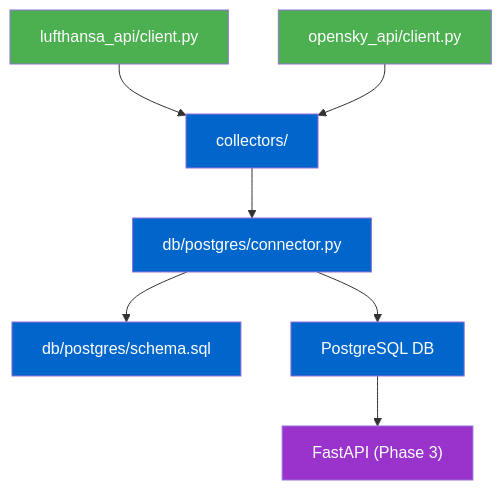
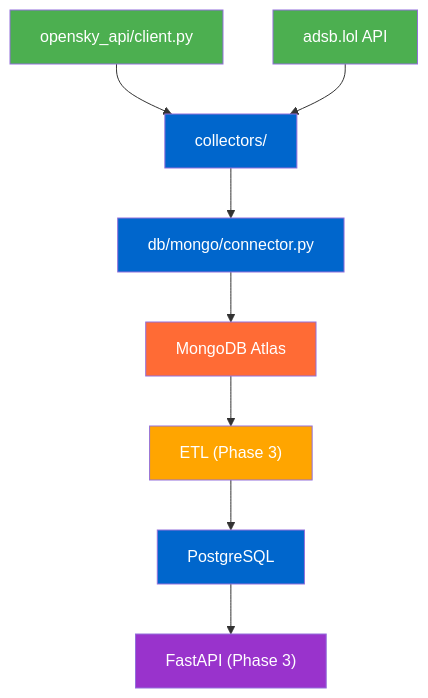
Before and after one commit to MatthiasSails/airline-data-platform: the fifth of 6 diagrams in 01-requirements/architecture/README.md, drawn with Mermaid. The commit also changed other lines of this file and 2 other files, not shown here.

Commit message:
Remove LH/Liora-VM references from 01-requirements docs
Update architecture diagrams to reflect current state: Atlas instead of
Liora VM for MongoDB, Phase 2 file dependency graph without lufthansa_api/.
Update erd.md airport code source from LH API to OurAirports. Update
01-requirements/README.md status section and constraints list.

````diff
--- a/01-requirements/architecture/README.md
+++ b/01-requirements/architecture/README.md
@@ -161,21 +162,23 @@
 ```mermaid
 graph TD
-    LH["lufthansa_api/client.py"]
     OS["opensky_api/client.py"]
+    ADSB["adsb.lol API"]
 
-    LH --> COL["collectors/"]
-    OS --> COL
+    OS --> COL["collectors/"]
+    ADSB --> COL
 
-    COL --> CONN["db/postgres/connector.py"]
-    CONN --> SCHEMA["db/postgres/schema.sql"]
-    CONN --> PG["PostgreSQL DB"]
+    COL --> CONN["db/mongo/connector.py"]
+    CONN --> MDB["MongoDB Atlas"]
+    MDB --> ETL["ETL (Phase 3)"]
+    ETL --> PG["PostgreSQL"]
     PG --> API["FastAPI (Phase 3)"]
 
-    style LH fill:#4CAF50,color:#fff
     style OS fill:#4CAF50,color:#fff
+    style ADSB fill:#4CAF50,color:#fff
     style COL fill:#0066CC,color:#fff
     style CONN fill:#0066CC,color:#fff
-    style SCHEMA fill:#0066CC,color:#fff
+    style MDB fill:#FF6B35,color:#fff
+    style ETL fill:#FFA500,color:#fff
     style PG fill:#0066CC,color:#fff
     style API fill:#9933CC,color:#fff
 ```
````
